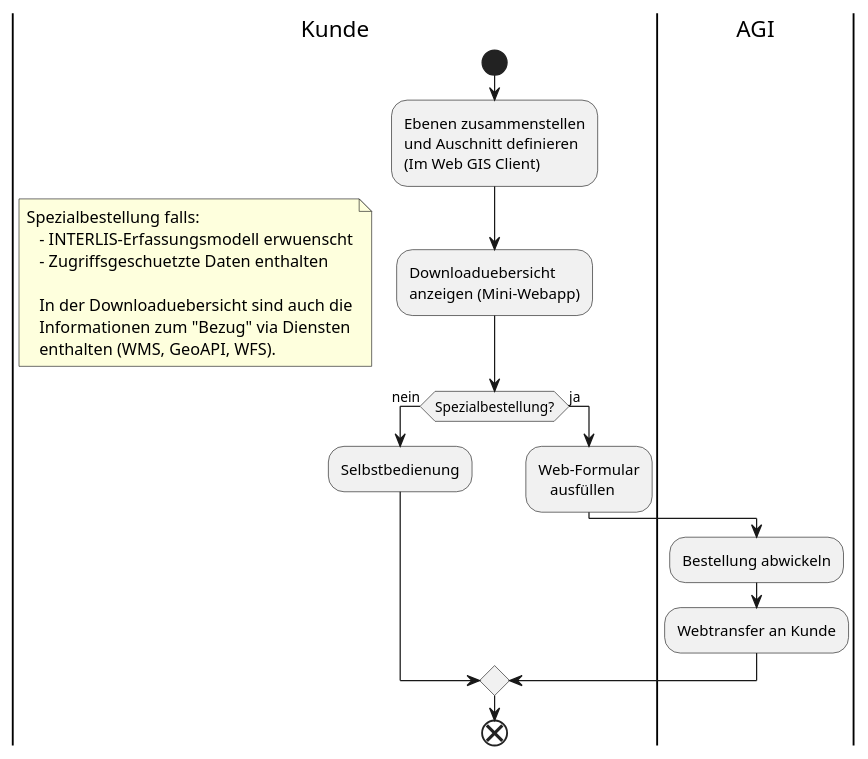
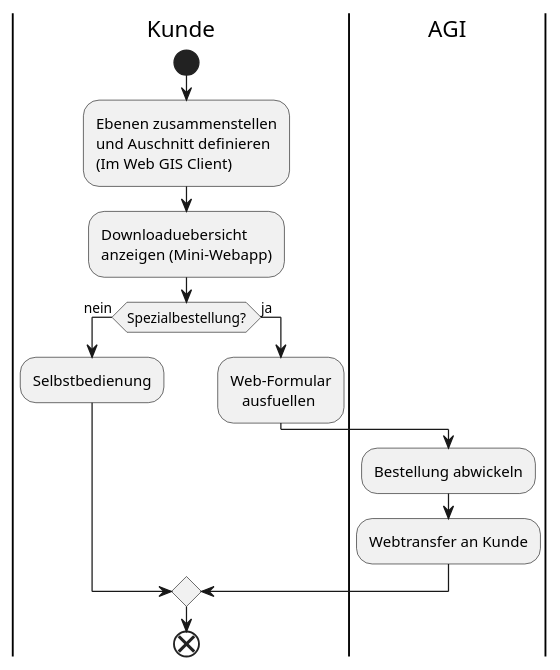
The diagram in puml/src/ablauf_download.puml (simi-so/mm), drawn with PlantUML before and after one commit. The commit also changed 3 other files, not shown here.

```diff
--- a/puml/src/ablauf_download.puml
+++ b/puml/src/ablauf_download.puml
@@ -1,29 +1,20 @@
 @startuml
 |Kunde|
 start
 :Ebenen zusammenstellen
 und Auschnitt definieren
 (Im Web GIS Client);
 :Downloaduebersicht
 anzeigen (Mini-Webapp);
-    floating note left
-    	Spezialbestellung falls:
-        - INTERLIS-Erfassungsmodell erwuenscht
-        - Zugriffsgeschuetzte Daten enthalten
-        
-        In der Downloaduebersicht sind auch die
-        Informationen zum "Bezug" via Diensten
-        enthalten (WMS, GeoAPI, WFS).
-    end note
 if (Spezialbestellung?) then (nein)
 	:Selbstbedienung;
 else (ja)
 	:Web-Formular 
-    ausfüllen;
+    ausfuellen;
     |AGI|
     :Bestellung abwickeln;
     :Webtransfer an Kunde;
 endif
 |Kunde|
 end
 @enduml
```
